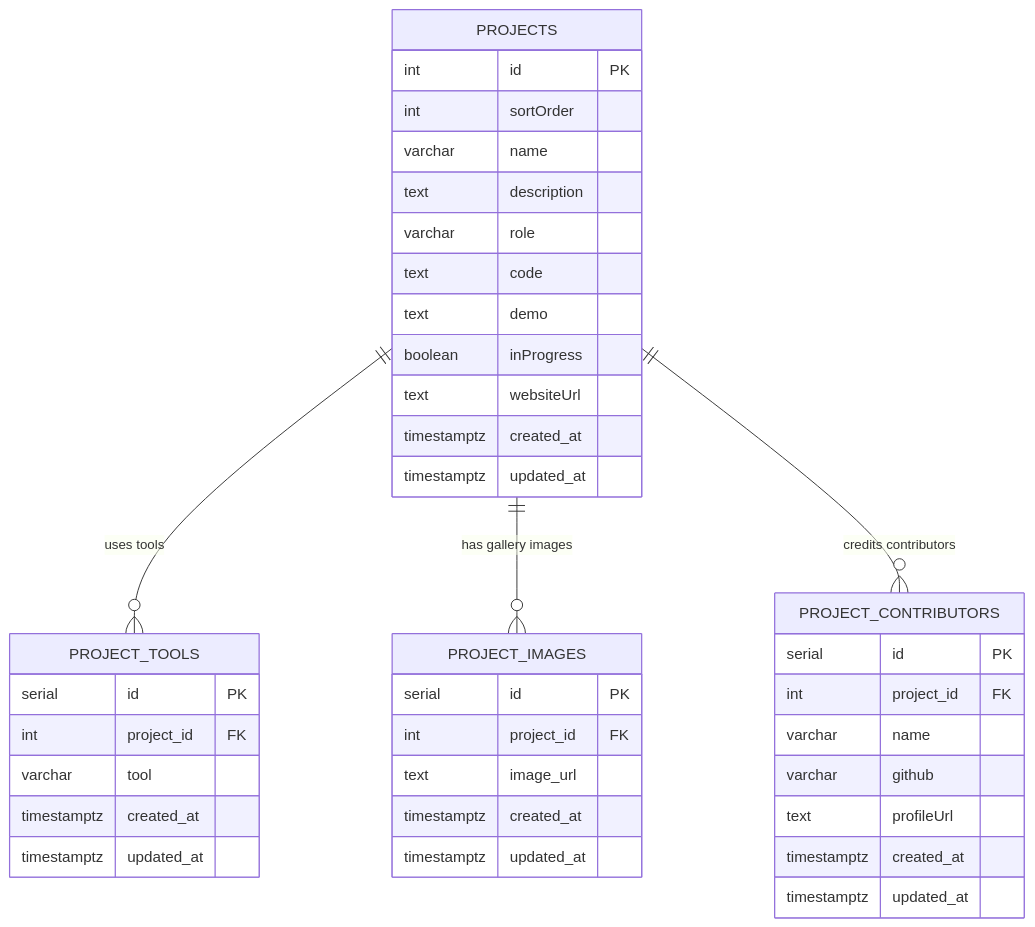
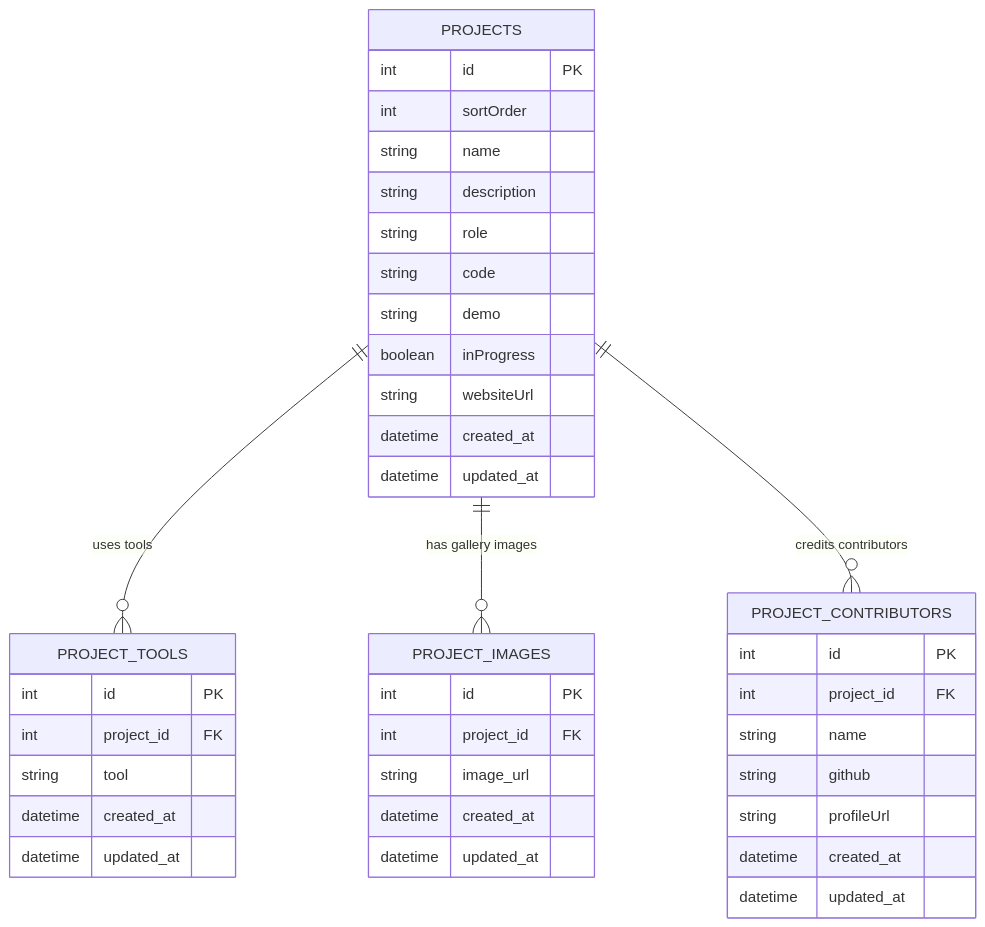
Before and after one commit to Haiderali445/portfolio-website: the sixth of 20 diagrams in README.md, drawn with Mermaid. The commit also changed other lines of this file and 2 other files, not shown here.

````diff
--- a/README.md
+++ b/README.md
@@ -324,46 +324,46 @@
 ```mermaid
 erDiagram
     PROJECTS ||--o{ PROJECT_TOOLS : "uses tools"
     PROJECTS ||--o{ PROJECT_IMAGES : "has gallery images"
     PROJECTS ||--o{ PROJECT_CONTRIBUTORS : "credits contributors"
 
     PROJECTS {
         int id PK
         int sortOrder
-        varchar name
-        text description
-        varchar role
-        text code
-        text demo
+        string name
+        string description
+        string role
+        string code
+        string demo
         boolean inProgress
-        text websiteUrl
-        timestamptz created_at
-        timestamptz updated_at
+        string websiteUrl
+        datetime created_at
+        datetime updated_at
     }
 
     PROJECT_TOOLS {
-        serial id PK
+        int id PK
         int project_id FK
-        varchar tool
-        timestamptz created_at
-        timestamptz updated_at
+        string tool
+        datetime created_at
+        datetime updated_at
     }
 
     PROJECT_IMAGES {
-        serial id PK
+        int id PK
         int project_id FK
-        text image_url
-        timestamptz created_at
-        timestamptz updated_at
+        string image_url
+        datetime created_at
+        datetime updated_at
     }
 
     PROJECT_CONTRIBUTORS {
-        serial id PK
+        int id PK
         int project_id FK
-        varchar name
-        varchar github
-        text profileUrl
-        timestamptz created_at
-        timestamptz updated_at
+        string name
+        string github
+        string profileUrl
+        datetime created_at
+        datetime updated_at
     }
 ```
````
